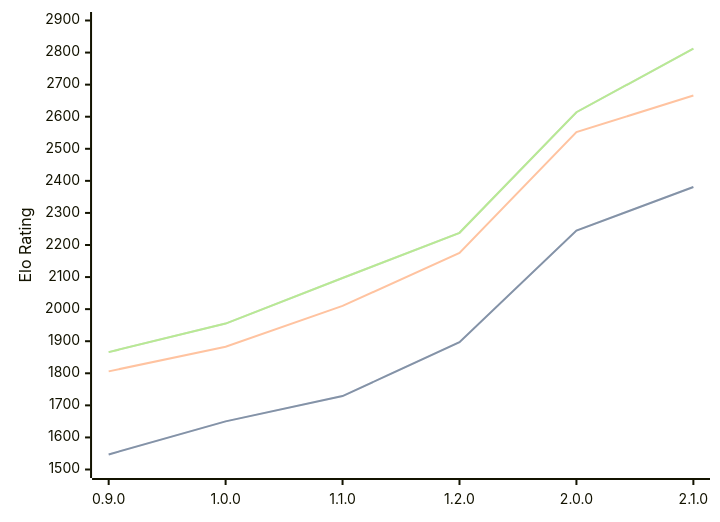
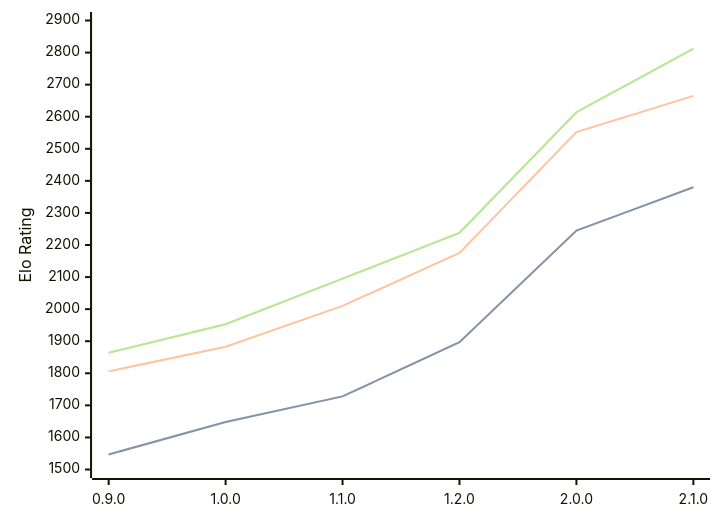
Before and after one commit to computer-chess-index/cci: the diagram in engines/Ratsu.md, drawn with Mermaid. The commit also changed other lines of this file, not shown here.

Commit message:
Update CCI Ratings (ELO VLTC) - 2026-09-17

````diff
--- a/engines/Ratsu.md
+++ b/engines/Ratsu.md
@@ -36,11 +36,11 @@
 ```mermaid
 %%{init: {"theme":"base","themeVariables":{"seriesColors:['#a3a3a3','#222221','#faa371']}}}%%
 xychart-beta
   x-axis ["0.9.0", "1.0.0", "1.1.0", "1.2.0", "2.0.0", "2.1.0"]
   y-axis "Elo Rating" 1500 --> 2900
-  line "" [1547, 1650, 1729, 1897, 2245, 2381]
-  line "STC (8.0+0.08s)" [1547, 1650, 1729, 1897, 2245, 2381]
-  line "LTC (60.0+0.60s)" [1806, 1883, 2010, 2175, 2552, 2666]
-  line "" [1866, 1955, 2097, 2238, 2614, 2812]
-  line "VLTC (2m24s+1.12s)" [1866, 1955, 2097, 2238, 2614, 2812]
+  line "" [1547, 1648, 1728, 1897, 2245, 2380]
+  line "STC (8.0+0.08s)" [1547, 1648, 1728, 1897, 2245, 2380]
+  line "LTC (60.0+0.60s)" [1806, 1883, 2010, 2175, 2552, 2665]
+  line "" [1864, 1953, 2095, 2238, 2614, 2812]
+  line "VLTC (2m24s+1.12s)" [1864, 1953, 2095, 2238, 2614, 2812]
 ```
````
